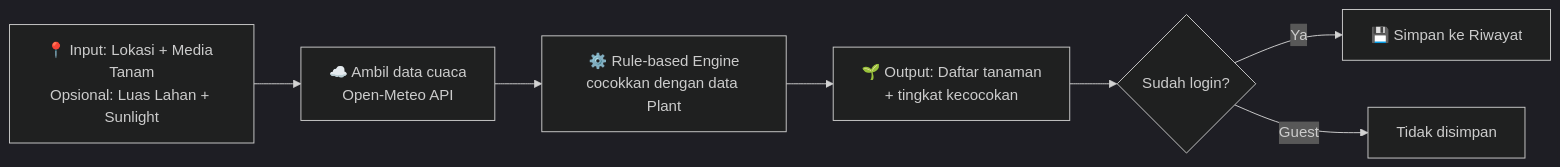
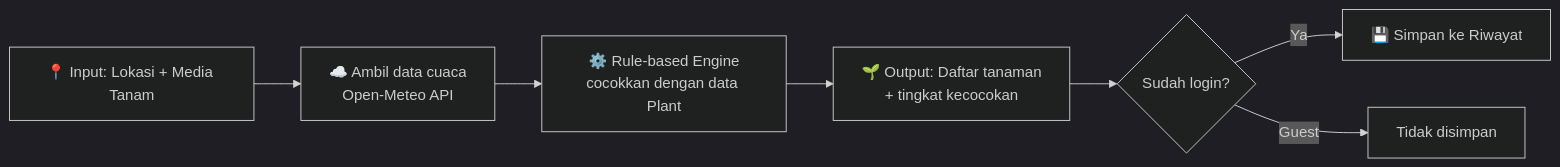
One commit to PBP-C13-25/NANEM changed the diagram in README.md. Above: the diagram before and after it, drawn with Mermaid (dark theme). The commit also changed other lines of this file, not shown here.

````diff
--- a/README.md
+++ b/README.md
@@ -76,9 +71,9 @@
 ```mermaid
 flowchart LR
-    A[📍 Input: Lokasi + Media Tanam<br/>Opsional: Luas Lahan + Sunlight] --> B[☁️ Ambil data cuaca<br/>Open-Meteo API]
+    A[📍 Input: Lokasi + Media Tanam] --> B[☁️ Ambil data cuaca<br/>Open-Meteo API]
     B --> C[⚙️ Rule-based Engine<br/>cocokkan dengan data Plant]
     C --> D[🌱 Output: Daftar tanaman<br/>+ tingkat kecocokan]
     D --> E{Sudah login?}
     E -- Ya --> F[💾 Simpan ke Riwayat]
     E -- Guest --> G[Tidak disimpan]
 ```
````
